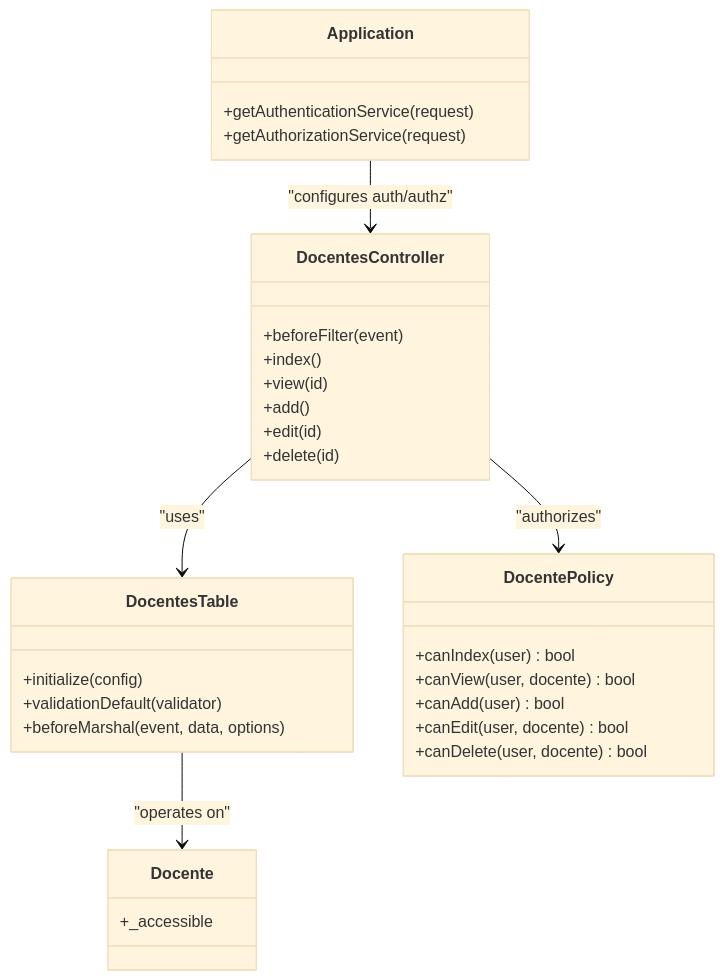
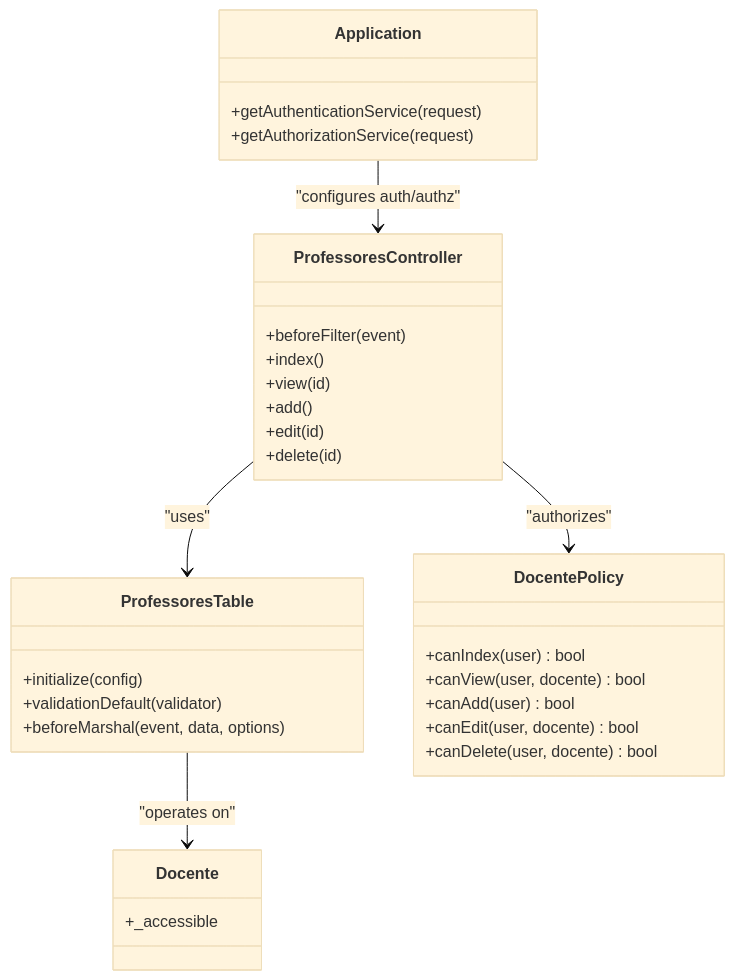
The third of 3 diagrams in .qoder/repowiki/en/content/Core Features/Faculty Management/Faculty CRUD Operations.md (luiseduacosta/planejamento5), drawn with Mermaid (base theme) before and after one commit. The commit also changed other lines of this file and 37 other files, not shown here.

Commit message:
repowiki: rename Docentes → Professores in metadata

````diff
--- a/.qoder/repowiki/en/content/Core Features/Faculty Management/Faculty CRUD Operations.md
+++ b/.qoder/repowiki/en/content/Core Features/Faculty Management/Faculty CRUD Operations.md
@@ -245,34 +245,34 @@
 ```mermaid
 classDiagram
-class DocentesController {
+class ProfessoresController {
 +beforeFilter(event)
 +index()
 +view(id)
 +add()
 +edit(id)
 +delete(id)
 }
-class DocentesTable {
+class ProfessoresTable {
 +initialize(config)
 +validationDefault(validator)
 +beforeMarshal(event, data, options)
 }
 class Docente {
 +_accessible
 }
 class DocentePolicy {
 +canIndex(user) bool
 +canView(user, docente) bool
 +canAdd(user) bool
 +canEdit(user, docente) bool
 +canDelete(user, docente) bool
 }
 class Application {
 +getAuthenticationService(request)
 +getAuthorizationService(request)
 }
-DocentesController --> DocentesTable : "uses"
-DocentesController --> DocentePolicy : "authorizes"
-DocentesTable --> Docente : "operates on"
-Application --> DocentesController : "configures auth/authz"
+ProfessoresController --> ProfessoresTable : "uses"
+ProfessoresController --> DocentePolicy : "authorizes"
+ProfessoresTable --> Docente : "operates on"
+Application --> ProfessoresController : "configures auth/authz"
 ```
````
